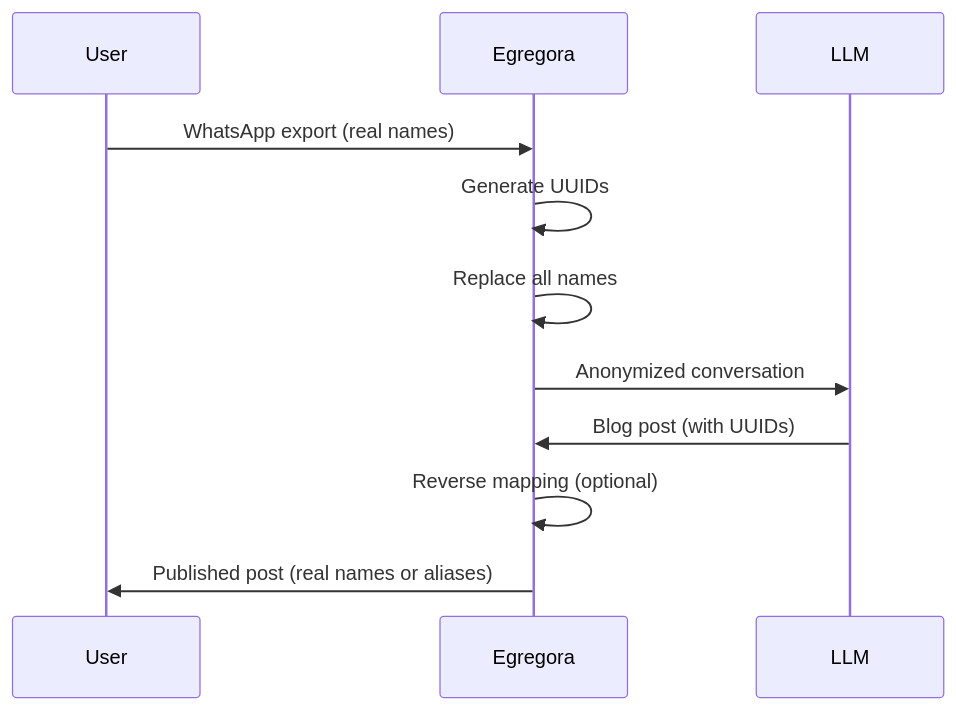
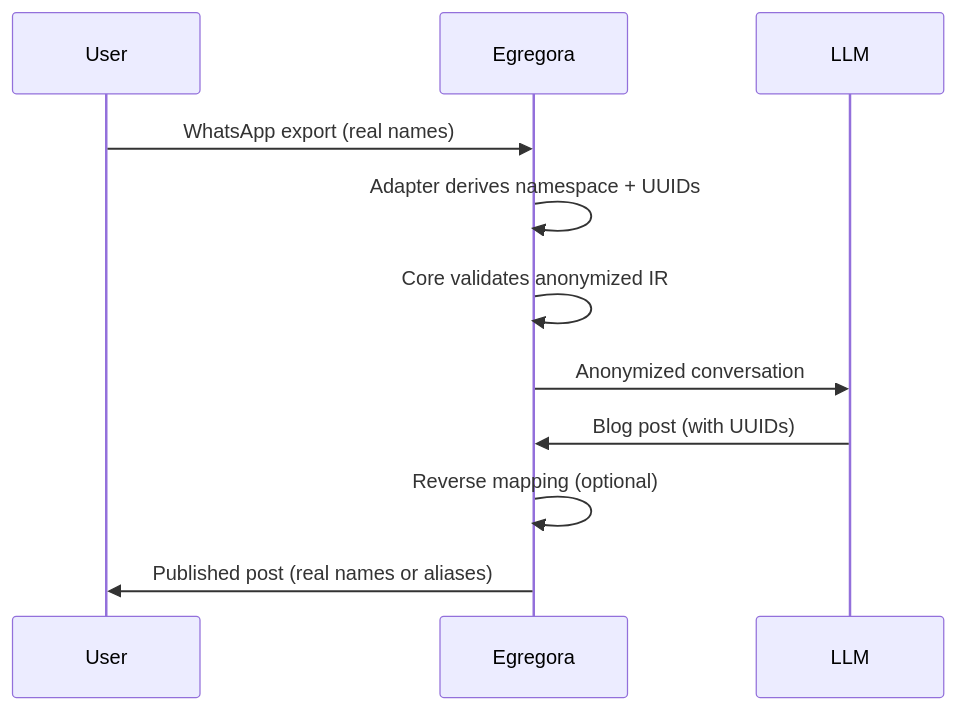
One commit to franklinbaldo/egregora changed the diagram in docs/guide/privacy.md. Above: the diagram before and after it, drawn with Mermaid. The commit also changed other lines of this file and 4 other files, not shown here.

````diff
--- a/docs/guide/privacy.md
+++ b/docs/guide/privacy.md
@@ -34,14 +32,14 @@
 ```mermaid
 sequenceDiagram
     participant User
     participant Egregora
     participant LLM
 
     User->>Egregora: WhatsApp export (real names)
-    Egregora->>Egregora: Generate UUIDs
-    Egregora->>Egregora: Replace all names
+    Egregora->>Egregora: Adapter derives namespace + UUIDs
+    Egregora->>Egregora: Core validates anonymized IR
     Egregora->>LLM: Anonymized conversation
     LLM->>Egregora: Blog post (with UUIDs)
     Egregora->>Egregora: Reverse mapping (optional)
     Egregora->>User: Published post (real names or aliases)
 ```
````
